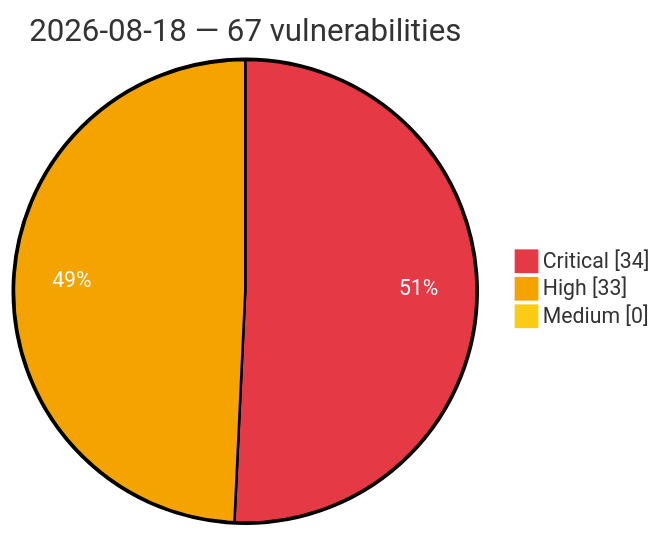
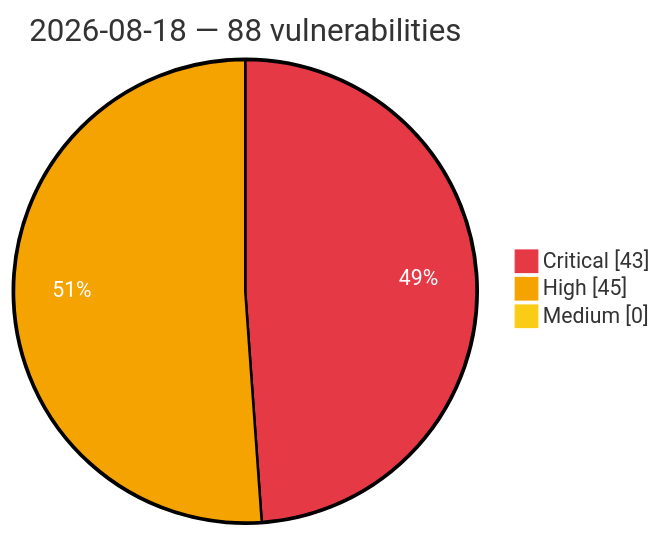
One commit to GhostX0X/vuln-tracker changed the diagram in vulnerabilities/2026/August/2026-08-18.md. Above: the diagram before and after it, drawn with Mermaid. The commit also changed other lines of this file and 5 other files, not shown here.

Commit message:
Auto update: critical/high vulns (2026-08-18 18:55 UTC)

````diff
--- a/vulnerabilities/2026/August/2026-08-18.md
+++ b/vulnerabilities/2026/August/2026-08-18.md
@@ -3,8 +3,8 @@
 ```mermaid
 %%{init: {'theme':'base', 'themeVariables': {'pie1':'#e63946', 'pie2':'#f4a300', 'pie3':'#facc15', 'pieOpacity':'1', 'pieOuterStrokeWidth':'2px', 'pieSectionTextColor':'#ffffff'}}}%%
 pie showData
-    title 2026-08-18 — 67 vulnerabilities
-    "Critical" : 34
-    "High" : 33
+    title 2026-08-18 — 88 vulnerabilities
+    "Critical" : 43
+    "High" : 45
     "Medium" : 0
 ```
````
